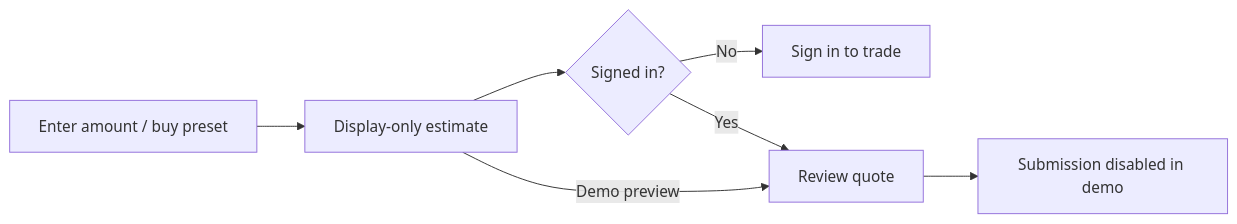
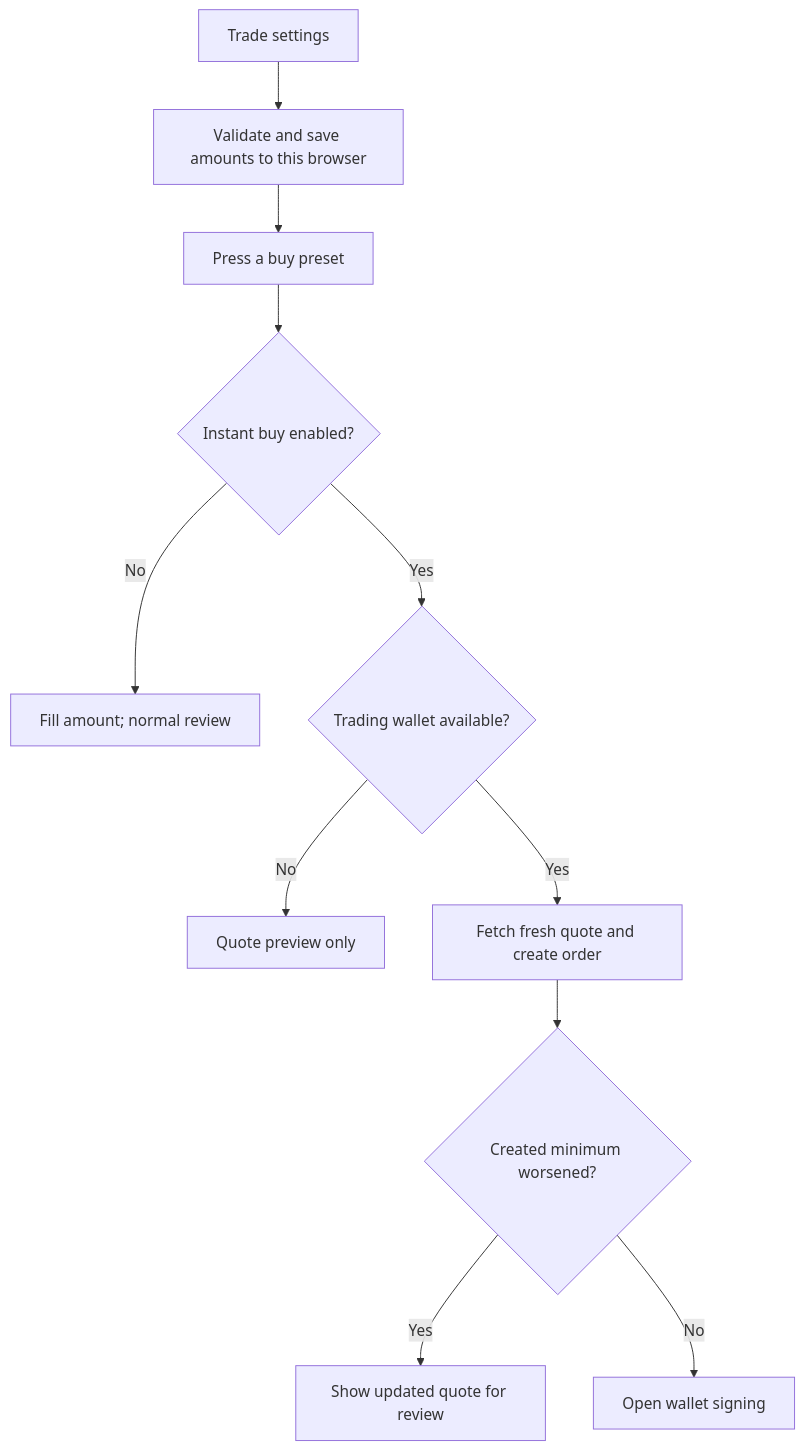
One commit to jog01/agele-web changed the fourth of 4 diagrams in docs/terminal-ui.md. Above: the diagram before and after it, drawn with Mermaid. The commit also changed other lines of this file and 11 other files, not shown here.

First line of the commit message:
feat(trade): add editable order presets and instant buy (#35)

````diff
--- a/docs/terminal-ui.md
+++ b/docs/terminal-ui.md
@@ -54,9 +56,13 @@
 ```mermaid
-flowchart LR
-  Amount[Enter amount / buy preset] --> Estimate[Display-only estimate]
-  Estimate --> Auth{Signed in?}
-  Auth -->|No| Login[Sign in to trade]
-  Auth -->|Yes| Review[Review quote]
-  Estimate -->|Demo preview| Review
-  Review --> Disabled[Submission disabled in demo]
+flowchart TD
+  Settings[Trade settings] --> Save[Validate and save amounts to this browser]
+  Save --> Preset[Press a buy preset]
+  Preset --> Mode{Instant buy enabled?}
+  Mode -->|No| Fill[Fill amount; normal review]
+  Mode -->|Yes| Wallet{Trading wallet available?}
+  Wallet -->|No| Preview[Quote preview only]
+  Wallet -->|Yes| Quote[Fetch fresh quote and create order]
+  Quote --> Minimum{Created minimum worsened?}
+  Minimum -->|Yes| Review[Show updated quote for review]
+  Minimum -->|No| Sign[Open wallet signing]
 ```
````
